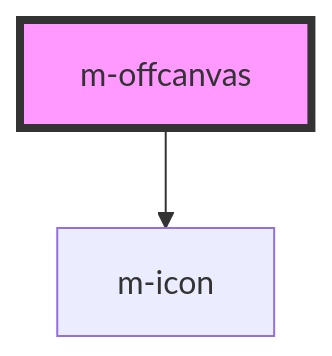
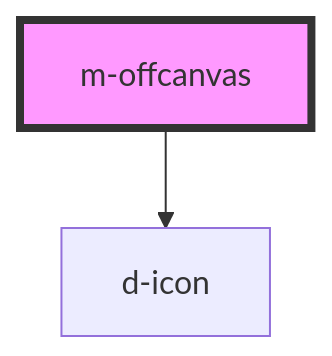
The diagram in libraries/dynamic-ui/src/components/m-offcanvas/readme.md (dynamic-framework/dynamic-ui), drawn with Mermaid before and after one commit. The commit also changed other lines of this file and 54 other files, not shown here.

````diff
--- a/libraries/dynamic-ui/src/components/m-offcanvas/readme.md
+++ b/libraries/dynamic-ui/src/components/m-offcanvas/readme.md
@@ -34,5 +34,5 @@
 ```mermaid
 graph TD;
-  m-offcanvas --> m-icon
+  m-offcanvas --> d-icon
   style m-offcanvas fill:#f9f,stroke:#333,stroke-width:4px
 ```
````
